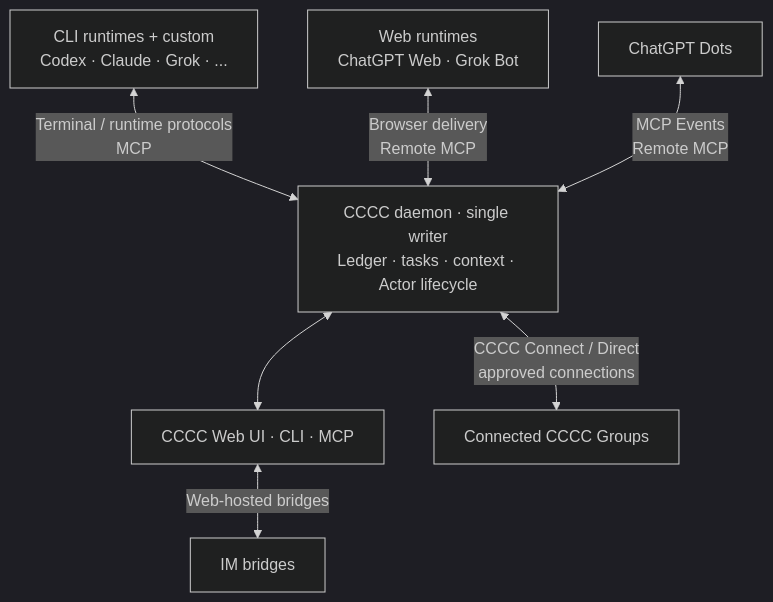
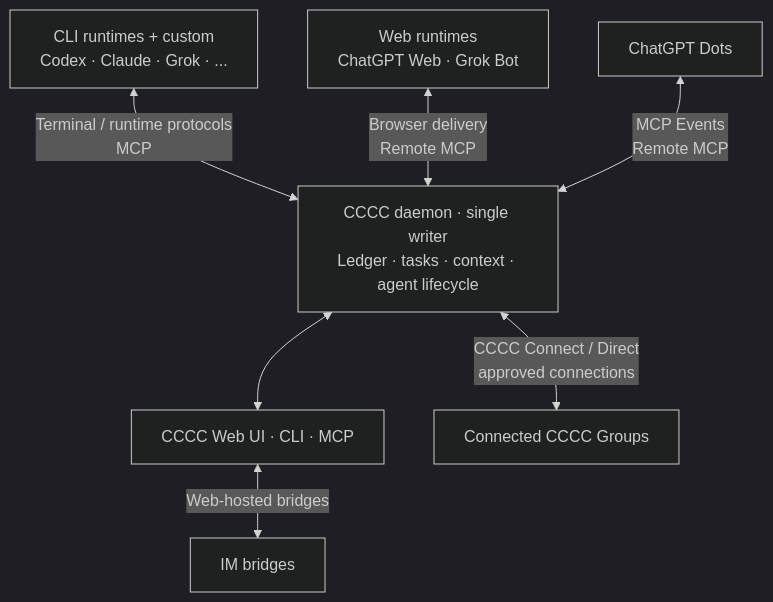
Before and after one commit to ChesterRa/cccc: the diagram in README.md, drawn with Mermaid (dark theme). The commit also changed other lines of this file and 121 other files, not shown here.

````diff
--- a/README.md
+++ b/README.md
@@ -195,17 +197,17 @@
 ```mermaid
 graph TB
     A1["CLI runtimes + custom<br/>Codex · Claude · Grok · ..."]
     A3["Web runtimes<br/>ChatGPT Web · Grok Bot"]
     A6["ChatGPT Dots"]
-    Daemon["CCCC daemon · single writer<br/>Ledger · tasks · context · Actor lifecycle"]
+    Daemon["CCCC daemon · single writer<br/>Ledger · tasks · context · agent lifecycle"]
     Ports["CCCC Web UI · CLI · MCP"]
     IM["IM bridges"]
     Remote["Connected CCCC Groups"]
 
     A1 <-->|Terminal / runtime protocols<br/>MCP| Daemon
     A3 <-->|Browser delivery<br/>Remote MCP| Daemon
     A6 <-->|MCP Events<br/>Remote MCP| Daemon
     Daemon <--> Ports
     Ports <-->|Web-hosted bridges| IM
     Daemon <-->|CCCC Connect / Direct<br/>approved connections| Remote
 ```
````
